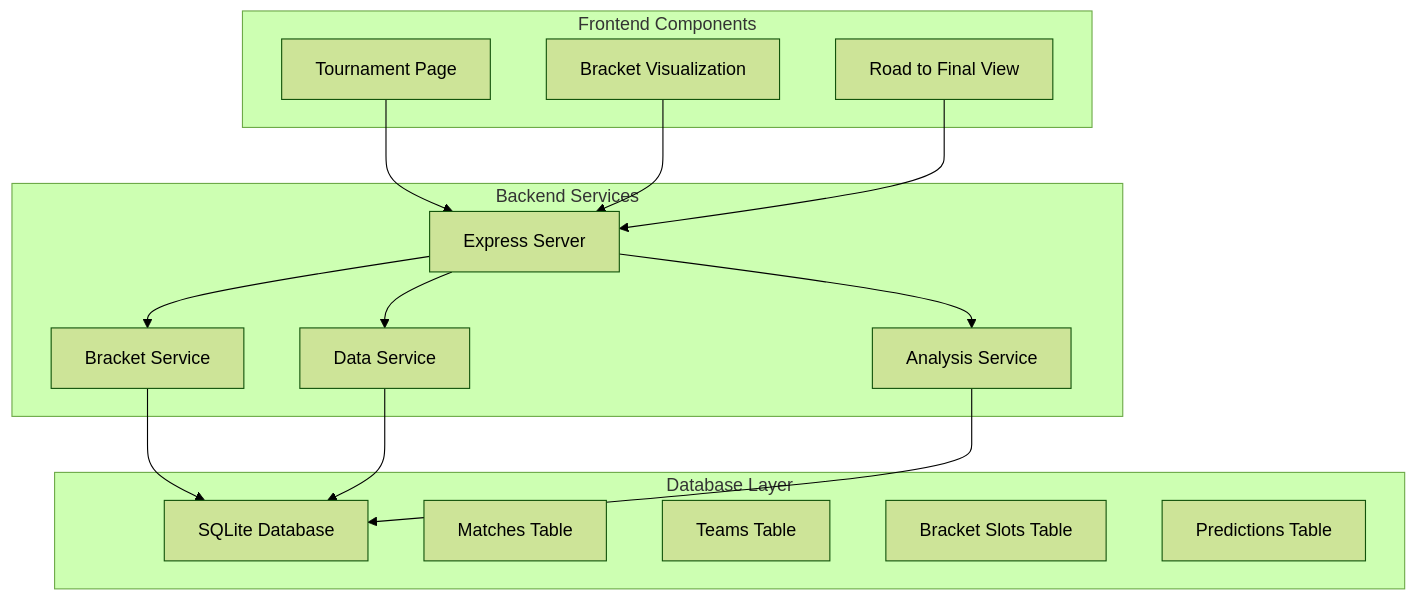
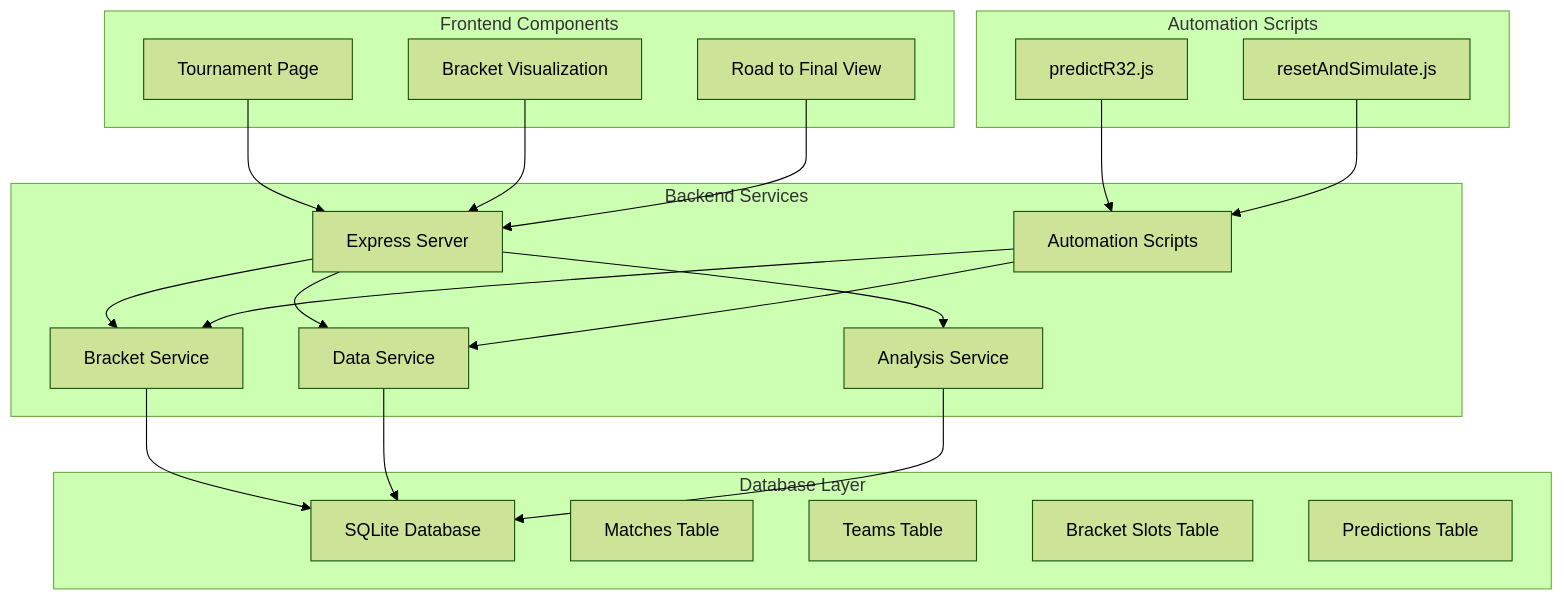
One commit to cheesiong/WC26-qwen changed the first of 12 diagrams in .qoder/repowiki/en/content/API Reference/Tournament API/Knockout Bracket Management.md. Above: the diagram before and after it, drawn with Mermaid (forest theme). The commit also changed other lines of this file and 49 other files, not shown here.

````diff
--- a/.qoder/repowiki/en/content/API Reference/Tournament API/Knockout Bracket Management.md
+++ b/.qoder/repowiki/en/content/API Reference/Tournament API/Knockout Bracket Management.md
@@ -34,30 +48,39 @@
 ```mermaid
 graph TB
 subgraph "Backend Services"
 Server[Express Server]
 Bracket[Bracket Service]
 Data[Data Service]
 Analysis[Analysis Service]
+Scripts[Automation Scripts]
 end
 subgraph "Database Layer"
 SQLite[SQLite Database]
 Matches[Matches Table]
 Teams[Teams Table]
 BracketSlots[Bracket Slots Table]
 Predictions[Predictions Table]
 end
 subgraph "Frontend Components"
 Tournament[Tournament Page]
 BracketVisualization[Bracket Visualization]
 RoadToFinal[Road to Final View]
 end
+subgraph "Automation Scripts"
+PredictR32[predictR32.js]
+ResetSimulate[resetAndSimulate.js]
+end
 Server --> Bracket
 Server --> Data
 Server --> Analysis
 Bracket --> SQLite
 Data --> SQLite
 Analysis --> SQLite
+Scripts --> Bracket
+Scripts --> Data
 Tournament --> Server
 BracketVisualization --> Server
 RoadToFinal --> Server
+PredictR32 --> Scripts
+ResetSimulate --> Scripts
 ```
````
